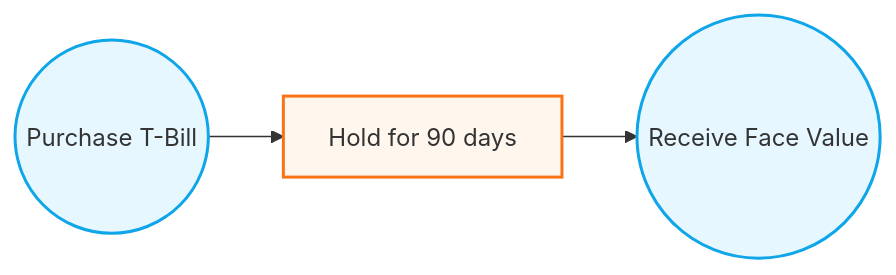
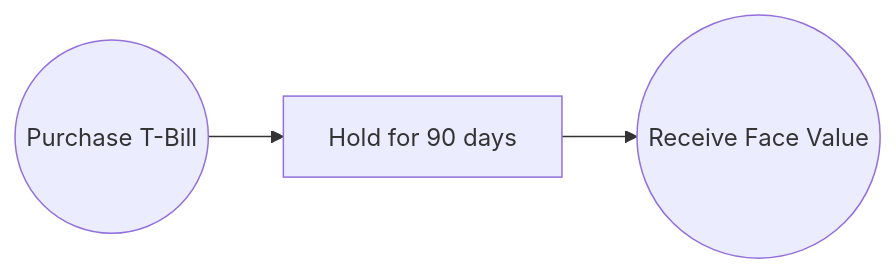
One commit to MasteryEducation/SecuritiesExamsMastery.ca changed the first of 2 diagrams in content/csc/6/3/index.md. Above: the diagram before and after it, drawn with Mermaid. The commit also changed other lines of this file and 58 other files, not shown here.

````diff
--- a/content/csc/6/3/index.md
+++ b/content/csc/6/3/index.md
@@ -49,8 +49,5 @@
 ```mermaid
 flowchart LR
     A((Purchase T-Bill)) --> B[Hold for 90 days]
     B --> C((Receive Face Value))
-    style A fill:#e6f7ff,stroke:#0ea5e9,stroke-width:2px
-    style B fill:#fff7ed,stroke:#f97316,stroke-width:2px
-    style C fill:#e6f7ff,stroke:#0ea5e9,stroke-width:2px
 ```
````
